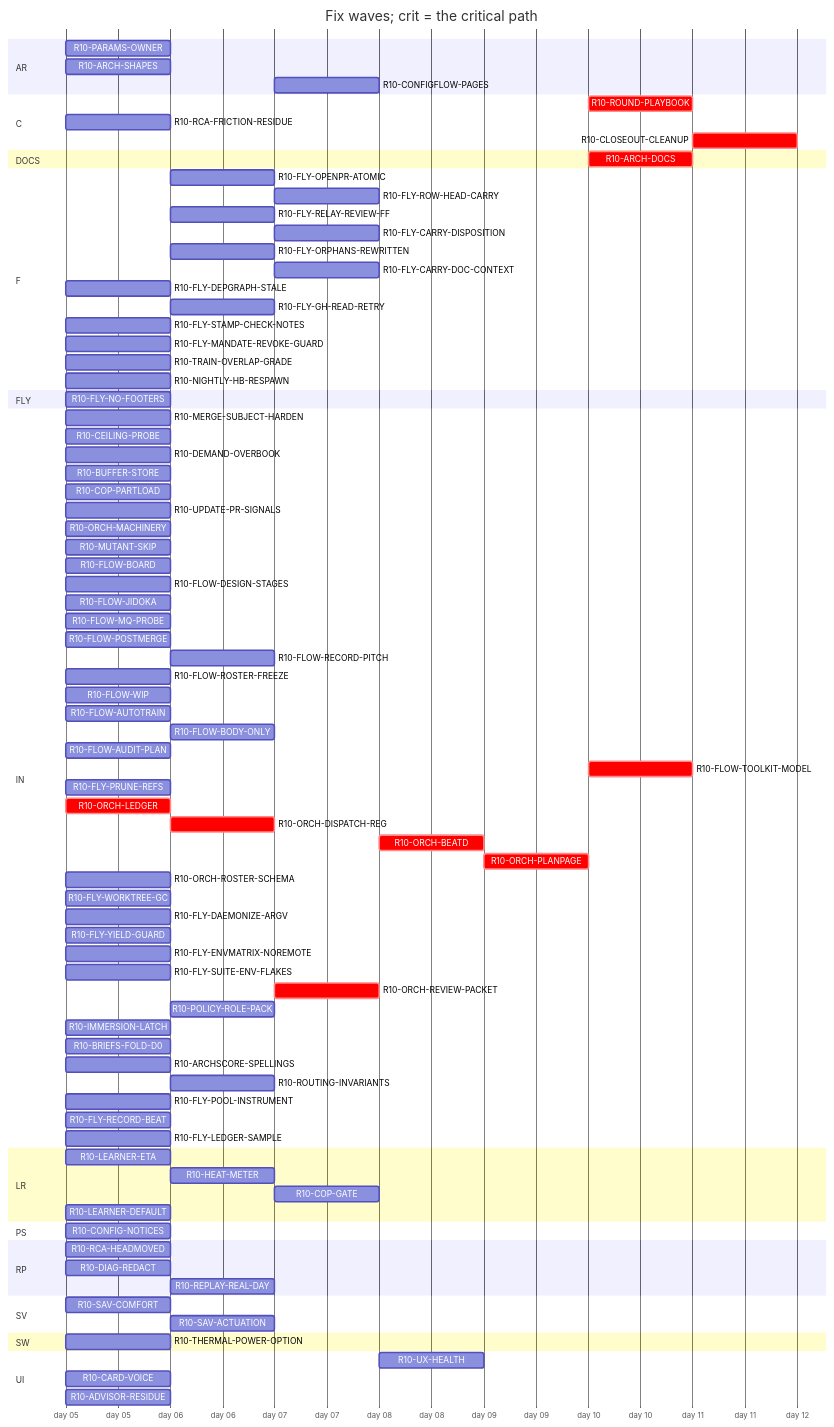
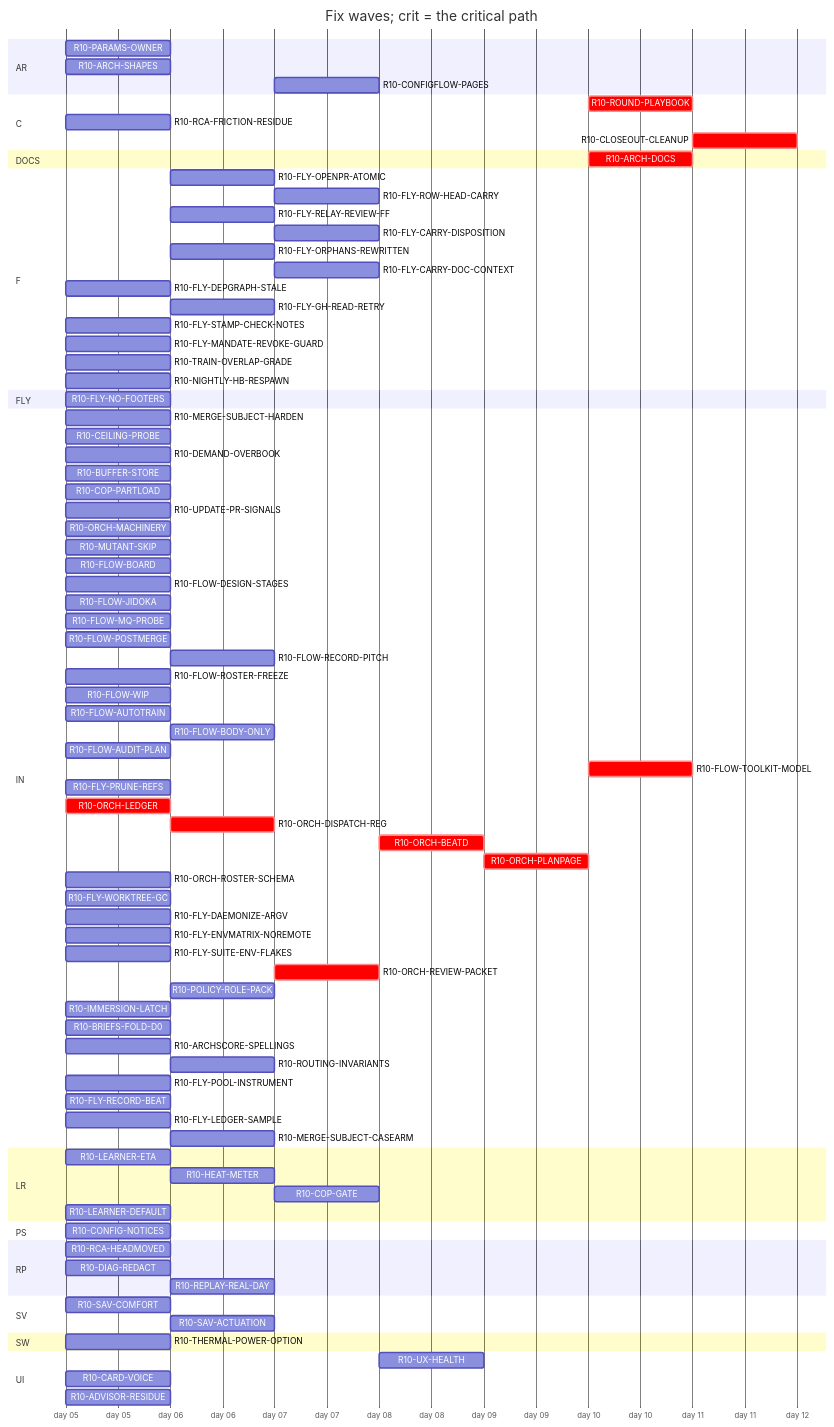
The diagram in handoff/round10/state/PLAN-TABLE.md (tvofi/heatpump_optimizer), drawn with Mermaid before and after one commit. The commit also changed other lines of this file and 2 other files, not shown here.

```diff
--- a/handoff/round10/state/PLAN-TABLE.md
+++ b/handoff/round10/state/PLAN-TABLE.md
@@ -36,7 +36,7 @@
     R10-RCA-FRICTION-RESIDUE :r10RCAFRICTIONRESIDUE, 2026-01-05, 1d
     R10-CLOSEOUT-CLEANUP :crit, r10CLOSEOUTCLEANUP, after r10FLYPRUNEREFS r10FLYWORKTREEGC r10ARCHDOCS r10ROUNDPLAYBOOK, 1d
   section DOCS
-    R10-ARCH-DOCS :crit, r10ARCHDOCS, after r10CONFIGNOTICES r10PARAMSOWNER r10ARCHSHAPES r10LEARNERETA r10HEATMETER r10COPGATE r10UXHEALTH r10CONFIGFLOWPAGES r10RCAHEADMOVED r10SAVCOMFORT r10MERGESUBJECTHARDEN r10CEILINGPROBE r10DEMANDOVERBOOK r10BUFFERSTORE r10COPPARTLOAD r10UPDATEPRSIGNALS r10CARDVOICE r10THERMALPOWEROPTION r10LEARNERDEFAULT r10MUTANTSKIP r10FLOWBOARD r10FLOWDESIGNSTAGES r10FLOWJIDOKA r10FLOWMQPROBE r10FLOWPOSTMERGE r10FLOWRECORDPITCH r10FLOWROSTERFREEZE r10FLOWWIP r10FLOWAUTOTRAIN r10FLOWBODYONLY r10FLYOPENPRATOMIC r10FLYROWHEADCARRY r10FLOWAUDITPLAN r10FLYRELAYREVIEWFF r10FLYCARRYDISPOSITION r10FLYORPHANSREWRITTEN r10FLYCARRYDOCCONTEXT r10FLYDEPGRAPHSTALE r10FLOWTOOLKITMODEL r10FLYSTAMPCHECKNOTES r10FLYMANDATEREVOKEGUARD r10RCAFRICTIONRESIDUE r10TRAINOVERLAPGRADE r10NIGHTLYHBRESPAWN r10FLYPRUNEREFS r10ORCHLEDGER r10ORCHDISPATCHREG r10ORCHBEATD r10ORCHPLANPAGE r10ORCHROSTERSCHEMA r10FLYWORKTREEGC r10FLYDAEMONIZEARGV r10FLYYIELDGUARD r10FLYENVMATRIXNOREMOTE r10ORCHREVIEWPACKET r10POLICYROLEPACK r10IMMERSIONLATCH r10DIAGREDACT r10ADVISORRESIDUE r10BRIEFSFOLDD0 r10REPLAYREALDAY r10ARCHSCORESPELLINGS r10ROUTINGINVARIANTS r10SAVACTUATION r10FLYPOOLINSTRUMENT r10FLYRECORDBEAT r10FLYLEDGERSAMPLE, 1d
+    R10-ARCH-DOCS :crit, r10ARCHDOCS, after r10CONFIGNOTICES r10PARAMSOWNER r10ARCHSHAPES r10LEARNERETA r10HEATMETER r10COPGATE r10UXHEALTH r10CONFIGFLOWPAGES r10RCAHEADMOVED r10SAVCOMFORT r10MERGESUBJECTHARDEN r10CEILINGPROBE r10DEMANDOVERBOOK r10BUFFERSTORE r10COPPARTLOAD r10UPDATEPRSIGNALS r10CARDVOICE r10THERMALPOWEROPTION r10LEARNERDEFAULT r10MUTANTSKIP r10FLOWBOARD r10FLOWDESIGNSTAGES r10FLOWJIDOKA r10FLOWMQPROBE r10FLOWPOSTMERGE r10FLOWRECORDPITCH r10FLOWROSTERFREEZE r10FLOWWIP r10FLOWAUTOTRAIN r10FLOWBODYONLY r10FLYOPENPRATOMIC r10FLYROWHEADCARRY r10FLOWAUDITPLAN r10FLYRELAYREVIEWFF r10FLYCARRYDISPOSITION r10FLYORPHANSREWRITTEN r10FLYCARRYDOCCONTEXT r10FLYDEPGRAPHSTALE r10FLOWTOOLKITMODEL r10FLYSTAMPCHECKNOTES r10FLYMANDATEREVOKEGUARD r10RCAFRICTIONRESIDUE r10TRAINOVERLAPGRADE r10NIGHTLYHBRESPAWN r10FLYPRUNEREFS r10ORCHLEDGER r10ORCHDISPATCHREG r10ORCHBEATD r10ORCHPLANPAGE r10ORCHROSTERSCHEMA r10FLYWORKTREEGC r10FLYDAEMONIZEARGV r10FLYENVMATRIXNOREMOTE r10ORCHREVIEWPACKET r10POLICYROLEPACK r10IMMERSIONLATCH r10DIAGREDACT r10ADVISORRESIDUE r10BRIEFSFOLDD0 r10REPLAYREALDAY r10ARCHSCORESPELLINGS r10ROUTINGINVARIANTS r10SAVACTUATION r10FLYPOOLINSTRUMENT r10FLYRECORDBEAT r10FLYLEDGERSAMPLE, 1d
   section F
     R10-FLY-OPENPR-ATOMIC :r10FLYOPENPRATOMIC, after r10UPDATEPRSIGNALS, 1d
     R10-FLY-ROW-HEAD-CARRY :r10FLYROWHEADCARRY, after r10FLYOPENPRATOMIC r10FLOWMQPROBE, 1d
@@ -81,7 +81,6 @@
     R10-ORCH-ROSTER-SCHEMA :r10ORCHROSTERSCHEMA, 2026-01-05, 1d
     R10-FLY-WORKTREE-GC :r10FLYWORKTREEGC, 2026-01-05, 1d
     R10-FLY-DAEMONIZE-ARGV :r10FLYDAEMONIZEARGV, 2026-01-05, 1d
-    R10-FLY-YIELD-GUARD :r10FLYYIELDGUARD, 2026-01-05, 1d
     R10-FLY-ENVMATRIX-NOREMOTE :r10FLYENVMATRIXNOREMOTE, 2026-01-05, 1d
     R10-FLY-SUITE-ENV-FLAKES :r10FLYSUITEENVFLAKES, 2026-01-05, 1d
     R10-ORCH-REVIEW-PACKET :crit, r10ORCHREVIEWPACKET, after r10ORCHDISPATCHREG, 1d
@@ -93,6 +92,7 @@
     R10-FLY-POOL-INSTRUMENT :r10FLYPOOLINSTRUMENT, 2026-01-05, 1d
     R10-FLY-RECORD-BEAT :r10FLYRECORDBEAT, 2026-01-05, 1d
     R10-FLY-LEDGER-SAMPLE :r10FLYLEDGERSAMPLE, 2026-01-05, 1d
+    R10-MERGE-SUBJECT-CASEARM :r10MERGESUBJECTCASEARM, after r10MERGESUBJECTHARDEN, 1d
   section LR
     R10-LEARNER-ETA :r10LEARNERETA, 2026-01-05, 1d
     R10-HEAT-METER :r10HEATMETER, after r10LEARNERETA r10PARAMSOWNER r10ARCHSHAPES r10THERMALPOWEROPTION, 1d
```
